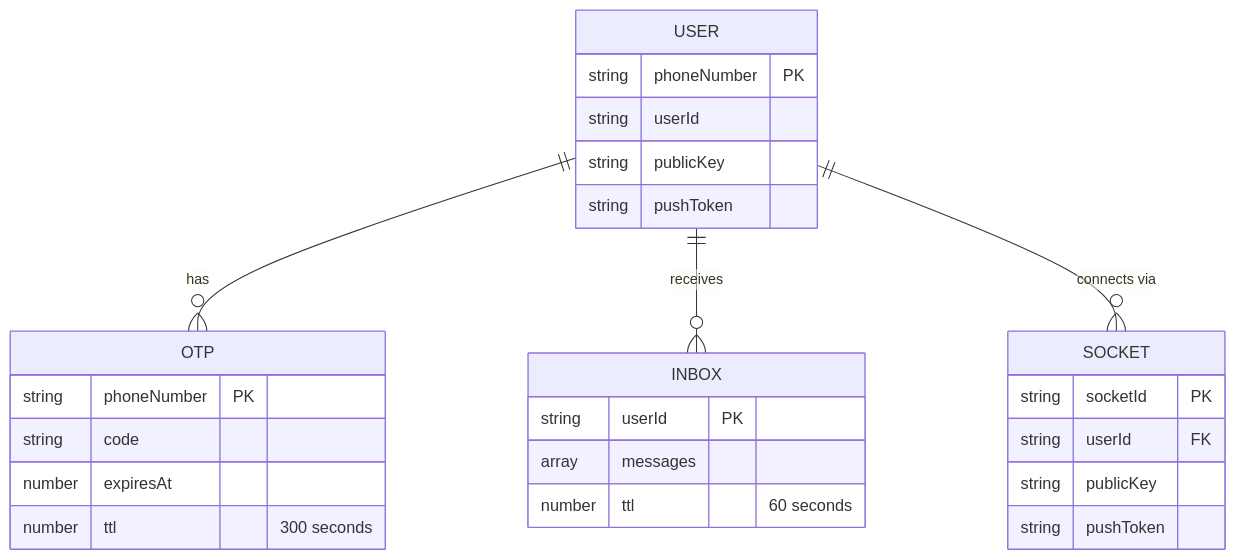
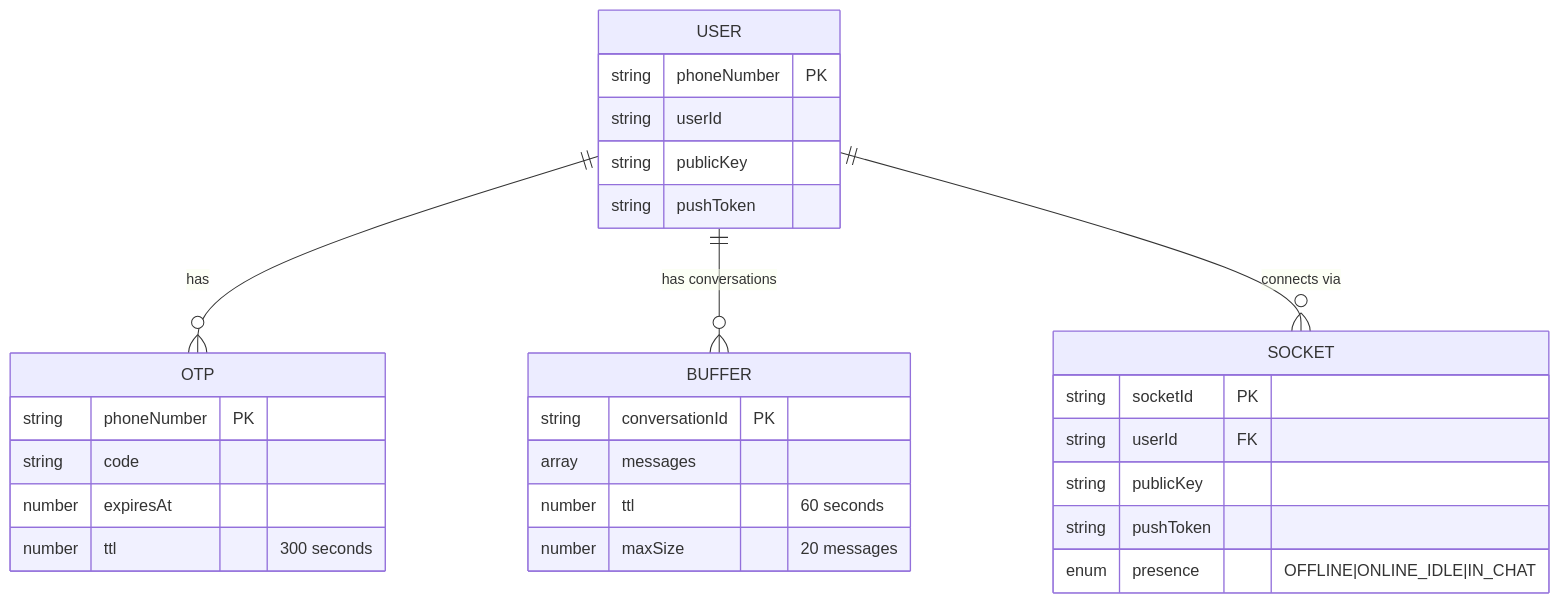
The third of 3 diagrams in PROJECT_DOCUMENTATION.md (bwakea77/purple-box), drawn with Mermaid before and after one commit. The commit also changed other lines of this file and 15 other files, not shown here.

````diff
--- a/PROJECT_DOCUMENTATION.md
+++ b/PROJECT_DOCUMENTATION.md
@@ -361,33 +433,35 @@
 ```mermaid
 erDiagram
     USER ||--o{ OTP : "has"
-    USER ||--o{ INBOX : "receives"
+    USER ||--o{ BUFFER : "has conversations"
     USER ||--o{ SOCKET : "connects via"
     
     USER {
         string phoneNumber PK
         string userId
         string publicKey
         string pushToken
     }
     
     OTP {
         string phoneNumber PK
         string code
         number expiresAt
         number ttl "300 seconds"
     }
     
-    INBOX {
-        string userId PK
+    BUFFER {
+        string conversationId PK
         array messages
         number ttl "60 seconds"
+        number maxSize "20 messages"
     }
     
     SOCKET {
         string socketId PK
         string userId FK
         string publicKey
         string pushToken
+        enum presence "OFFLINE|ONLINE_IDLE|IN_CHAT"
     }
 ```
````
